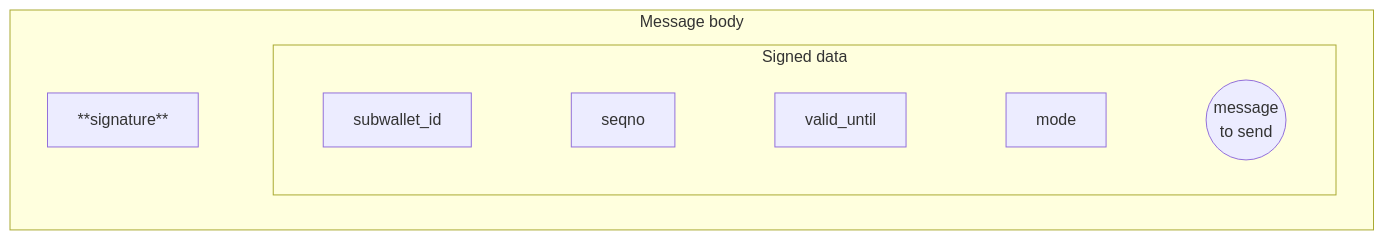
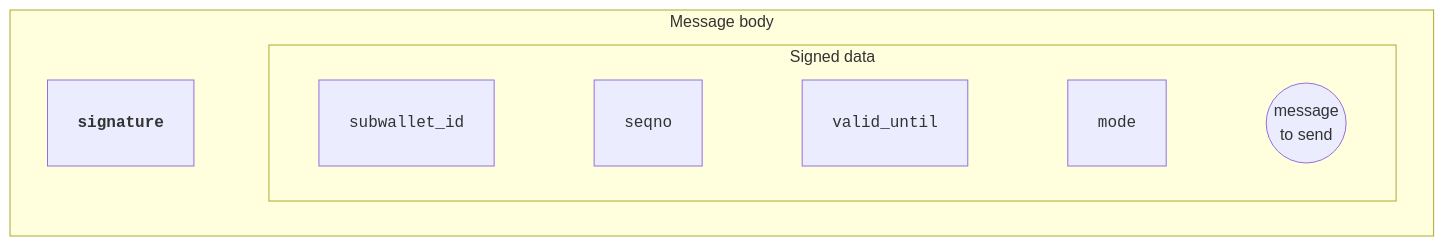
Before and after one commit to ton-blockchain/docs: the first of 2 diagrams in content/contract-dev/techniques/signing.mdx, drawn with Mermaid. The commit also changed other lines of this file and 1 other file, not shown here.

````diff
--- a/content/contract-dev/techniques/signing.mdx
+++ b/content/contract-dev/techniques/signing.mdx
@@ -148,22 +147,22 @@
 ```mermaid
 graph
     subgraph Cell["Message body"]
         direction LR
-        A[**signature**]
+        A[<b><pre>signature</pre></b>]
         subgraph Signed["Signed data"]
         direction LR
-            B[subwallet_id]
-            C[seqno]
-            D[valid_until]
-            E[mode]
+            B[<pre>subwallet_id</pre>]
+            C[<pre>seqno</pre>]
+            D[<pre>valid_until</pre>]
+            E[<pre>mode</pre>]
             F((message<br>to send))
         end
     end
 
     A ~~~ B
     B ~~~ C
     C ~~~ D
     D ~~~ E
     E ~~~ F
 
 ```
````
